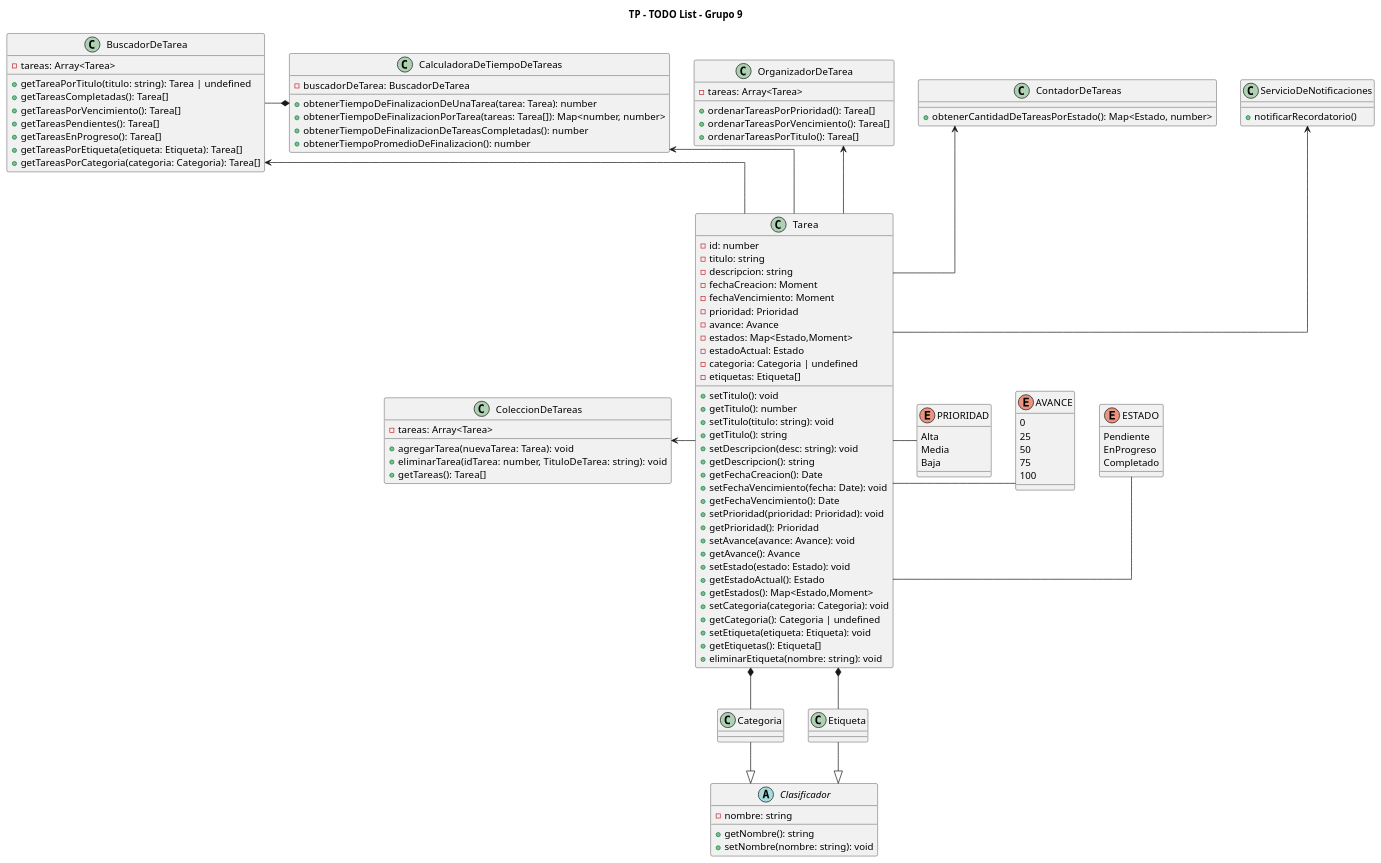
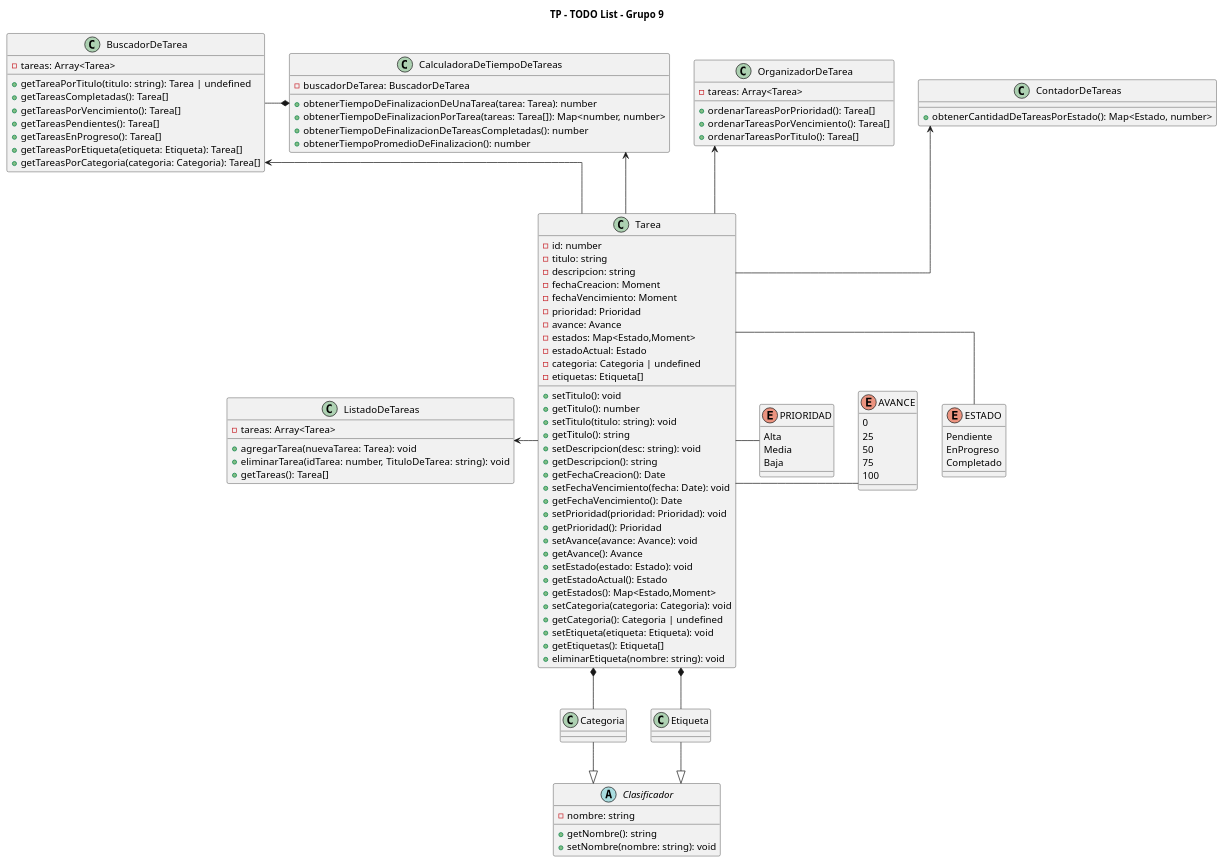
One commit to FrancisLuna/ToDo-POO-Grupo-9 changed the diagram in Diagrama/diagrama.puml. Above: the diagram before and after it, drawn with PlantUML. The commit also changed 13 other files, not shown here.

```diff
--- a/Diagrama/diagrama.puml
+++ b/Diagrama/diagrama.puml
@@ -1,130 +1,125 @@
 @startuml ToDoList
 
 title TP - TODO List - Grupo 9
 skinparam lineType ortho
 
 class Tarea{
    - id: number
    - titulo: string
    - descripcion: string
    - fechaCreacion: Moment
    - fechaVencimiento: Moment
    - prioridad: Prioridad
    - avance: Avance
    - estados: Map<Estado,Moment>
    - estadoActual: Estado
    - categoria: Categoria | undefined
    - etiquetas: Etiqueta[]
     
     + setTitulo(): void
     + getTitulo(): number
     + setTitulo(titulo: string): void
     + getTitulo(): string
     + setDescripcion(desc: string): void
     + getDescripcion(): string
     + getFechaCreacion(): Date
     + setFechaVencimiento(fecha: Date): void
     + getFechaVencimiento(): Date
     + setPrioridad(prioridad: Prioridad): void
     + getPrioridad(): Prioridad
     + setAvance(avance: Avance): void
     + getAvance(): Avance
     + setEstado(estado: Estado): void
     + getEstadoActual(): Estado
     + getEstados(): Map<Estado,Moment>
     + setCategoria(categoria: Categoria): void
     + getCategoria(): Categoria | undefined
     + setEtiqueta(etiqueta: Etiqueta): void
     + getEtiquetas(): Etiqueta[]
     + eliminarEtiqueta(nombre: string): void
 }
 
-class ColeccionDeTareas{
+class ListadoDeTareas{
     - tareas: Array<Tarea>
     + agregarTarea(nuevaTarea: Tarea): void
     + eliminarTarea(idTarea: number, TituloDeTarea: string): void
     + getTareas(): Tarea[]
 }
 
 class BuscadorDeTarea{
     - tareas: Array<Tarea>
 
     + getTareaPorTitulo(titulo: string): Tarea | undefined
     + getTareasCompletadas(): Tarea[]
     + getTareasPorVencimiento(): Tarea[]
     + getTareasPendientes(): Tarea[]
     + getTareasEnProgreso(): Tarea[]
     + getTareasPorEtiqueta(etiqueta: Etiqueta): Tarea[]
     + getTareasPorCategoria(categoria: Categoria): Tarea[]
 }
 
 class OrganizadorDeTarea{
     - tareas: Array<Tarea>
 
     + ordenarTareasPorPrioridad(): Tarea[]
     + ordenarTareasPorVencimiento(): Tarea[]
     + ordenarTareasPorTitulo(): Tarea[]
 }
 
 class CalculadoraDeTiempoDeTareas{
     - buscadorDeTarea: BuscadorDeTarea
 
     + obtenerTiempoDeFinalizacionDeUnaTarea(tarea: Tarea): number
     + obtenerTiempoDeFinalizacionPorTarea(tareas: Tarea[]): Map<number, number>
     + obtenerTiempoDeFinalizacionDeTareasCompletadas(): number
     + obtenerTiempoPromedioDeFinalizacion(): number
 }
 
 class ContadorDeTareas{
     + obtenerCantidadDeTareasPorEstado(): Map<Estado, number>
 }
 
-class ServicioDeNotificaciones{
-    + notificarRecordatorio()
-}
-
 abstract class Clasificador{
     - nombre: string
 
     + getNombre(): string
     + setNombre(nombre: string): void
 }
 
 class Categoria {}
 class Etiqueta {}
 
 ENUM ESTADO{
     Pendiente
     EnProgreso
     Completado
 }
 
 ENUM AVANCE{
     0
     25
     50
     75
     100
 }
 
 ENUM PRIORIDAD{
     Alta
     Media
     Baja
 }
 
 CalculadoraDeTiempoDeTareas <-- Tarea
 ContadorDeTareas <-- Tarea
-ServicioDeNotificaciones <-- Tarea
 OrganizadorDeTarea <-- Tarea
 BuscadorDeTarea <-- Tarea
 Tarea *-- Categoria
 Tarea *-- Etiqueta
-Tarea -left-> ColeccionDeTareas
+Tarea -left-> ListadoDeTareas
 Categoria --|> Clasificador
 Etiqueta --|> Clasificador
 Tarea -right- ESTADO
 Tarea -right- AVANCE
 Tarea -right- PRIORIDAD
 CalculadoraDeTiempoDeTareas *-left- BuscadorDeTarea
 @enduml
```
